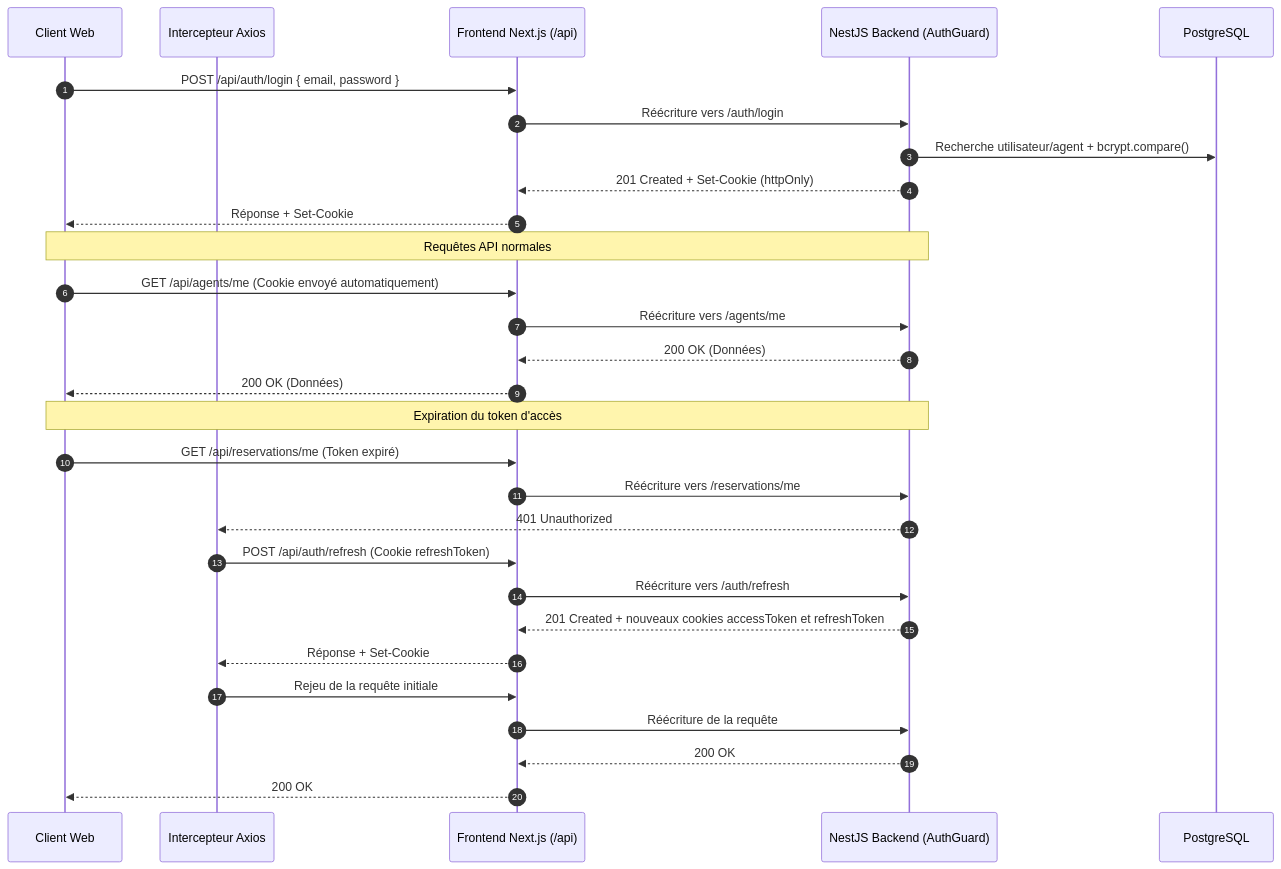
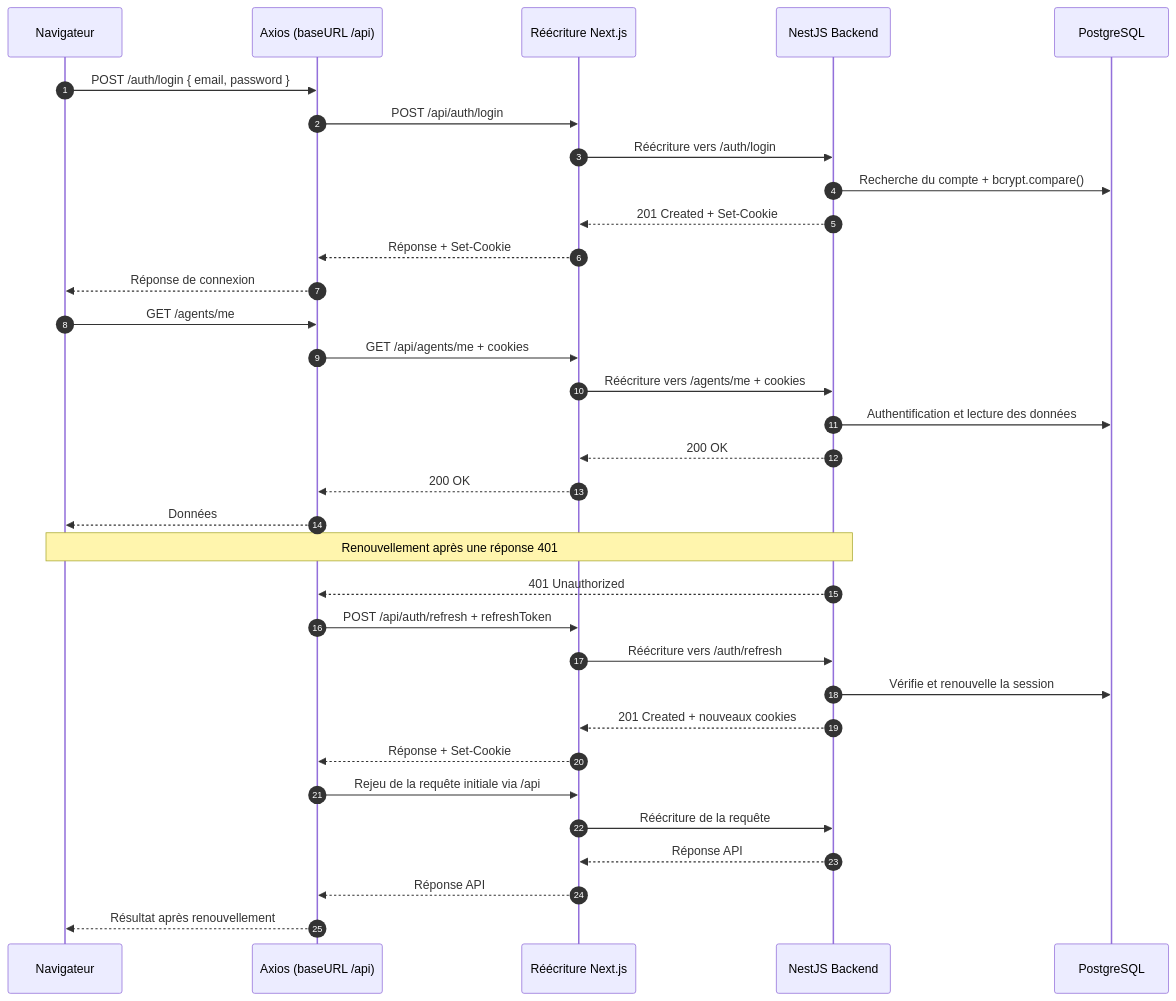
Before and after one commit to rihem-akermi/freeForU: the sixth of 9 diagrams in README.md, drawn with Mermaid. The commit also changed other lines of this file and 1 other file, not shown here.

````diff
--- a/README.md
+++ b/README.md
@@ -374,34 +374,38 @@
 ```mermaid
 sequenceDiagram
     autonumber
-    participant UI as Client Web
-    participant Axios as Intercepteur Axios
-    participant Next as Frontend Next.js (/api)
-    participant Backend as NestJS Backend (AuthGuard)
+    participant UI as Navigateur
+    participant Axios as Axios (baseURL /api)
+    participant Next as Réécriture Next.js
+    participant Backend as NestJS Backend
     participant DB as PostgreSQL
 
-    UI->>Next: POST /api/auth/login { email, password }
+    UI->>Axios: POST /auth/login { email, password }
+    Axios->>Next: POST /api/auth/login
     Next->>Backend: Réécriture vers /auth/login
-    Backend->>DB: Recherche utilisateur/agent + bcrypt.compare()
-    Backend-->>Next: 201 Created + Set-Cookie (httpOnly)
-    Next-->>UI: Réponse + Set-Cookie
+    Backend->>DB: Recherche du compte + bcrypt.compare()
+    Backend-->>Next: 201 Created + Set-Cookie
+    Next-->>Axios: Réponse + Set-Cookie
+    Axios-->>UI: Réponse de connexion
 
-    Note over UI,Backend: Requêtes API normales
-    UI->>Next: GET /api/agents/me (Cookie envoyé automatiquement)
-    Next->>Backend: Réécriture vers /agents/me
-    Backend-->>Next: 200 OK (Données)
-    Next-->>UI: 200 OK (Données)
+    UI->>Axios: GET /agents/me
+    Axios->>Next: GET /api/agents/me + cookies
+    Next->>Backend: Réécriture vers /agents/me + cookies
+    Backend->>DB: Authentification et lecture des données
+    Backend-->>Next: 200 OK
+    Next-->>Axios: 200 OK
+    Axios-->>UI: Données
 
-    Note over UI,Backend: Expiration du token d'accès
-    UI->>Next: GET /api/reservations/me (Token expiré)
-    Next->>Backend: Réécriture vers /reservations/me
+    Note over UI,Backend: Renouvellement après une réponse 401
     Backend-->>Axios: 401 Unauthorized
-    Axios->>Next: POST /api/auth/refresh (Cookie refreshToken)
+    Axios->>Next: POST /api/auth/refresh + refreshToken
     Next->>Backend: Réécriture vers /auth/refresh
-    Backend-->>Next: 201 Created + nouveaux cookies accessToken et refreshToken
+    Backend->>DB: Vérifie et renouvelle la session
+    Backend-->>Next: 201 Created + nouveaux cookies
     Next-->>Axios: Réponse + Set-Cookie
-    Axios->>Next: Rejeu de la requête initiale
+    Axios->>Next: Rejeu de la requête initiale via /api
     Next->>Backend: Réécriture de la requête
-    Backend-->>Next: 200 OK
-    Next-->>UI: 200 OK
+    Backend-->>Next: Réponse API
+    Next-->>Axios: Réponse API
+    Axios-->>UI: Résultat après renouvellement
 ```
````
